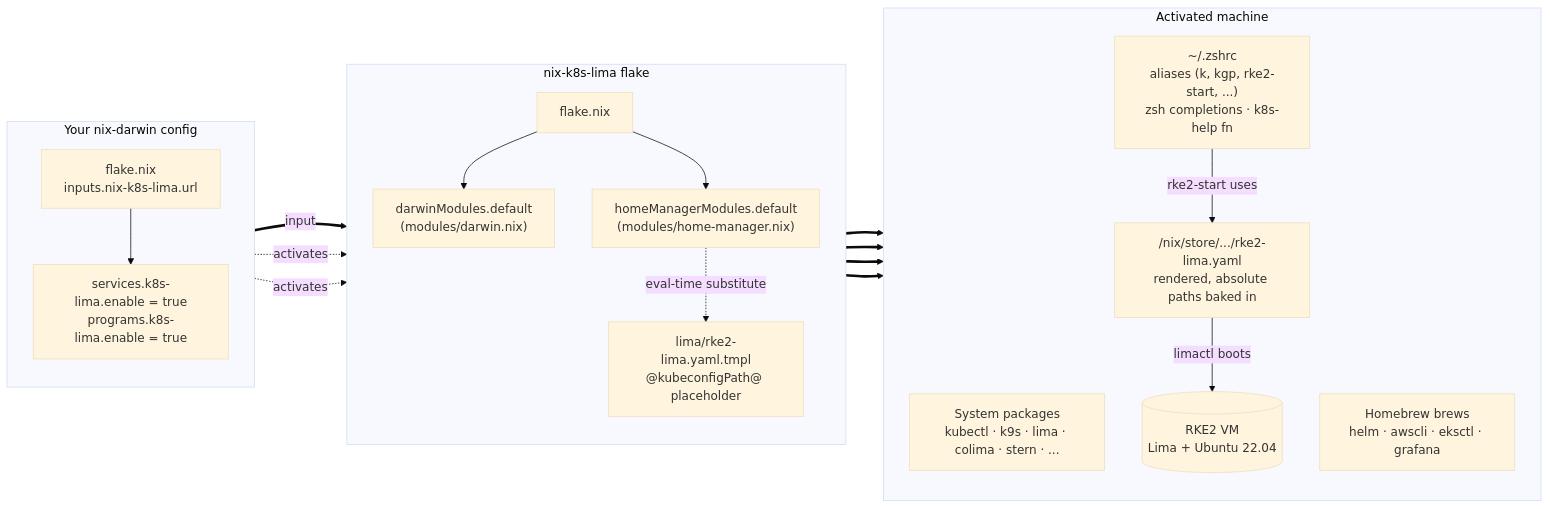
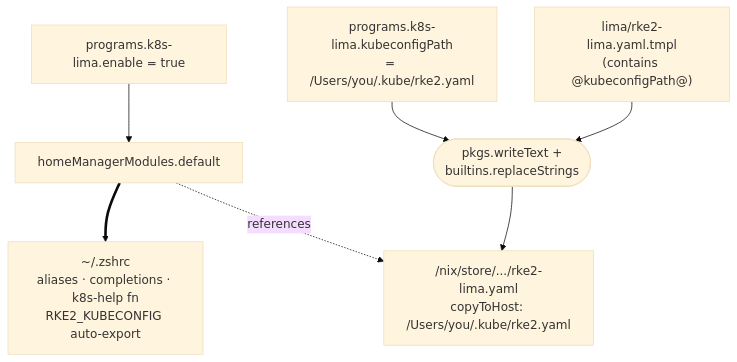
Before and after one commit to jsandov/nix-k8s-lima: the fourth of 5 diagrams in README.md, drawn with Mermaid (base theme). The commit also changed other lines of this file, not shown here.

First line of the commit message:
docs: split architecture diagram into 5 progressive chunks

````diff
--- a/README.md
+++ b/README.md
@@ -7,39 +48,12 @@
 ```mermaid
-flowchart LR
-    subgraph consumer["Your nix-darwin config"]
-        direction TB
-        UF["flake.nix<br/>inputs.nix-k8s-lima.url"]
-        UE["services.k8s-lima.enable = true<br/>programs.k8s-lima.enable = true"]
-        UF --> UE
-    end
+flowchart TB
+    EN["programs.k8s-lima.enable = true"] --> HM["homeManagerModules.default"]
+    HM ==> ZSH["~/.zshrc<br/>aliases · completions · k8s-help fn<br/>RKE2_KUBECONFIG auto-export"]
 
-    subgraph flake["nix-k8s-lima flake"]
-        direction TB
-        F[flake.nix]
-        DM["darwinModules.default<br/>(modules/darwin.nix)"]
-        HM["homeManagerModules.default<br/>(modules/home-manager.nix)"]
-        TPL["lima/rke2-lima.yaml.tmpl<br/>@kubeconfigPath@ placeholder"]
-        F --> DM
-        F --> HM
-        HM -. eval-time substitute .-> TPL
-    end
-
-    subgraph runtime["Activated machine"]
-        direction TB
-        PKG["System packages<br/>kubectl · k9s · lima · colima · stern · ..."]
-        BRE["Homebrew brews<br/>helm · awscli · eksctl · grafana"]
-        ZSH["~/.zshrc<br/>aliases (k, kgp, rke2-start, ...)<br/>zsh completions · k8s-help fn"]
-        YML["/nix/store/.../rke2-lima.yaml<br/>rendered, absolute paths baked in"]
-        VM[("RKE2 VM<br/>Lima + Ubuntu 22.04")]
-        ZSH -- "rke2-start uses" --> YML
-        YML -- "limactl boots" --> VM
-    end
-
-    UF ==>|"input"| F
-    UE -.->|"activates"| DM
-    UE -.->|"activates"| HM
-    DM ==> PKG
-    DM ==> BRE
-    HM ==> ZSH
-    HM ==> YML
+    KCP["programs.k8s-lima.kubeconfigPath<br/>= /Users/you/.kube/rke2.yaml"]
+    TPL["lima/rke2-lima.yaml.tmpl<br/>(contains @kubeconfigPath@)"]
+    KCP --> SUB
+    TPL --> SUB(["pkgs.writeText +<br/>builtins.replaceStrings"])
+    SUB --> YML["/nix/store/.../rke2-lima.yaml<br/>copyToHost: /Users/you/.kube/rke2.yaml"]
+    HM -. references .-> YML
 ```
````
